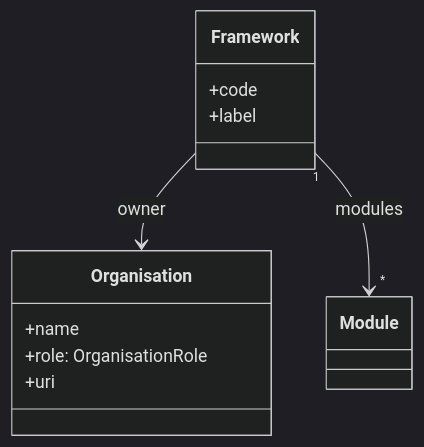
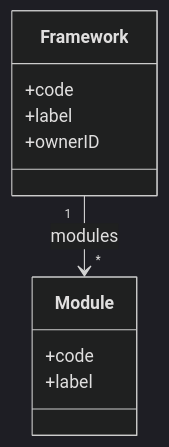
The third of 4 diagrams in docs/models-relationships/03_other_artifacts/01_other_artifacts_overview.md (sdmx-twg/wp-sdmx-dpm), drawn with Mermaid (dark theme) before and after one commit. The commit also changed other lines of this file and 13 other files, not shown here.

````diff
--- a/docs/models-relationships/03_other_artifacts/01_other_artifacts_overview.md
+++ b/docs/models-relationships/03_other_artifacts/01_other_artifacts_overview.md
@@ -188,14 +72,13 @@
 ```mermaid
 classDiagram
-    class Organisation {
-      +name
-      +role: OrganisationRole
-      +uri
-    }
     class Framework {
       +code
       +label
+      +ownerID
     }
-    Framework --> Organisation : owner
+    class Module {
+      +code
+      +label
+    }
     Framework "1" --> "*" Module : modules
 ```
````
